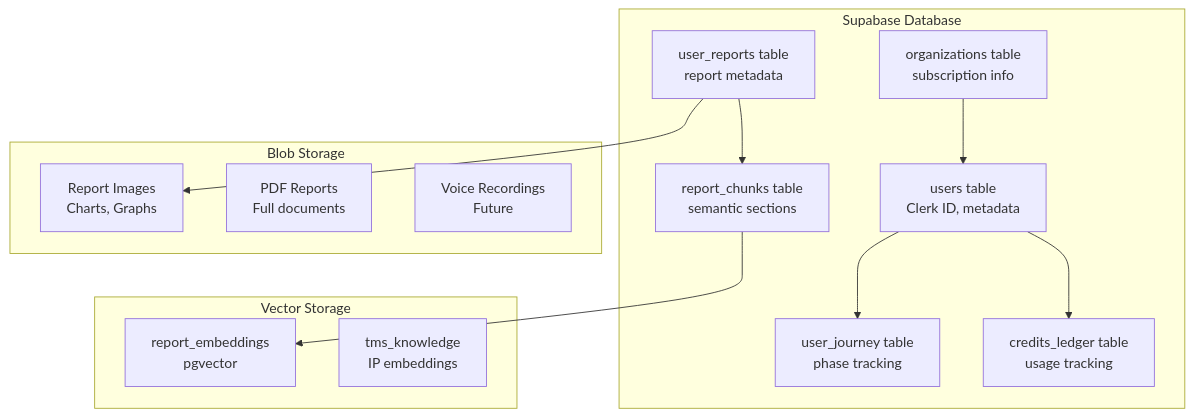
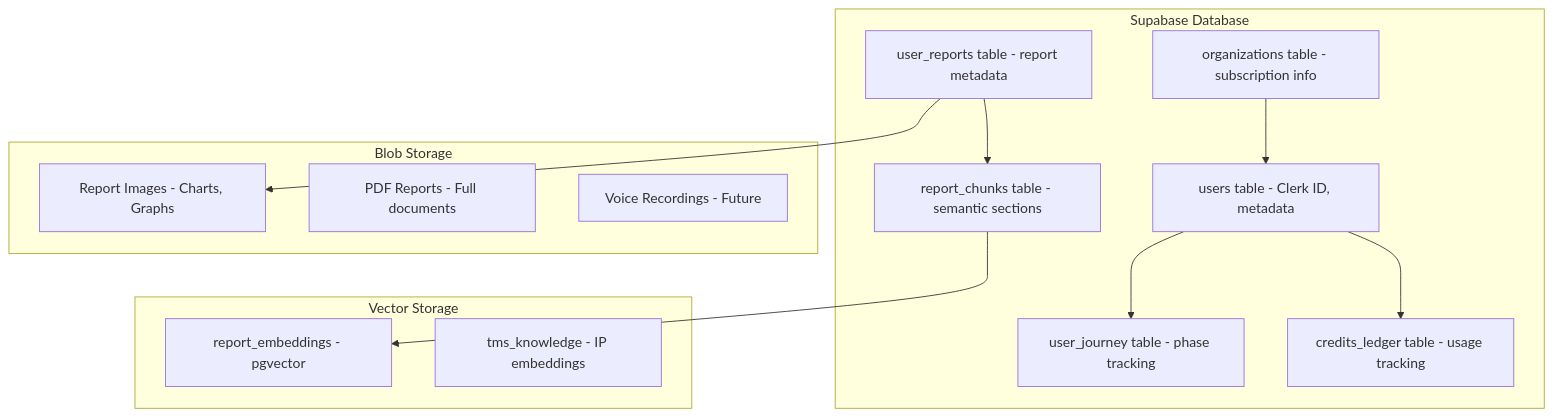
Before and after one commit to tmscoach/teamOS-Agents-Demo: the fourth of 11 diagrams in docs/tms-api-spec/SYSTEM-ARCHITECTURE.md, drawn with Mermaid. The commit also changed other lines of this file, not shown here.

First line of the commit message:
fix: Replace HTML br tags in Mermaid diagrams

````diff
--- a/docs/tms-api-spec/SYSTEM-ARCHITECTURE.md
+++ b/docs/tms-api-spec/SYSTEM-ARCHITECTURE.md
@@ -169,29 +169,29 @@
 ```mermaid
 graph TB
     subgraph "Supabase Database"
-        Users[users table<br/>Clerk ID, metadata]
-        Orgs[organizations table<br/>subscription info]
-        Reports[user_reports table<br/>report metadata]
-        Chunks[report_chunks table<br/>semantic sections]
-        Journey[user_journey table<br/>phase tracking]
-        Credits[credits_ledger table<br/>usage tracking]
+        Users[users table - Clerk ID, metadata]
+        Orgs[organizations table - subscription info]
+        Reports[user_reports table - report metadata]
+        Chunks[report_chunks table - semantic sections]
+        Journey[user_journey table - phase tracking]
+        Credits[credits_ledger table - usage tracking]
     end
     
     subgraph "Vector Storage"
-        Embeddings[report_embeddings<br/>pgvector]
-        Knowledge[tms_knowledge<br/>IP embeddings]
+        Embeddings[report_embeddings - pgvector]
+        Knowledge[tms_knowledge - IP embeddings]
     end
     
     subgraph "Blob Storage"
-        Images[Report Images<br/>Charts, Graphs]
-        PDFs[PDF Reports<br/>Full documents]
-        Audio[Voice Recordings<br/>Future]
+        Images[Report Images - Charts, Graphs]
+        PDFs[PDF Reports - Full documents]
+        Audio[Voice Recordings - Future]
     end
     
     Reports --> Chunks
     Chunks --> Embeddings
     Reports --> Images
     Users --> Journey
     Users --> Credits
     Orgs --> Users
 ```
````
